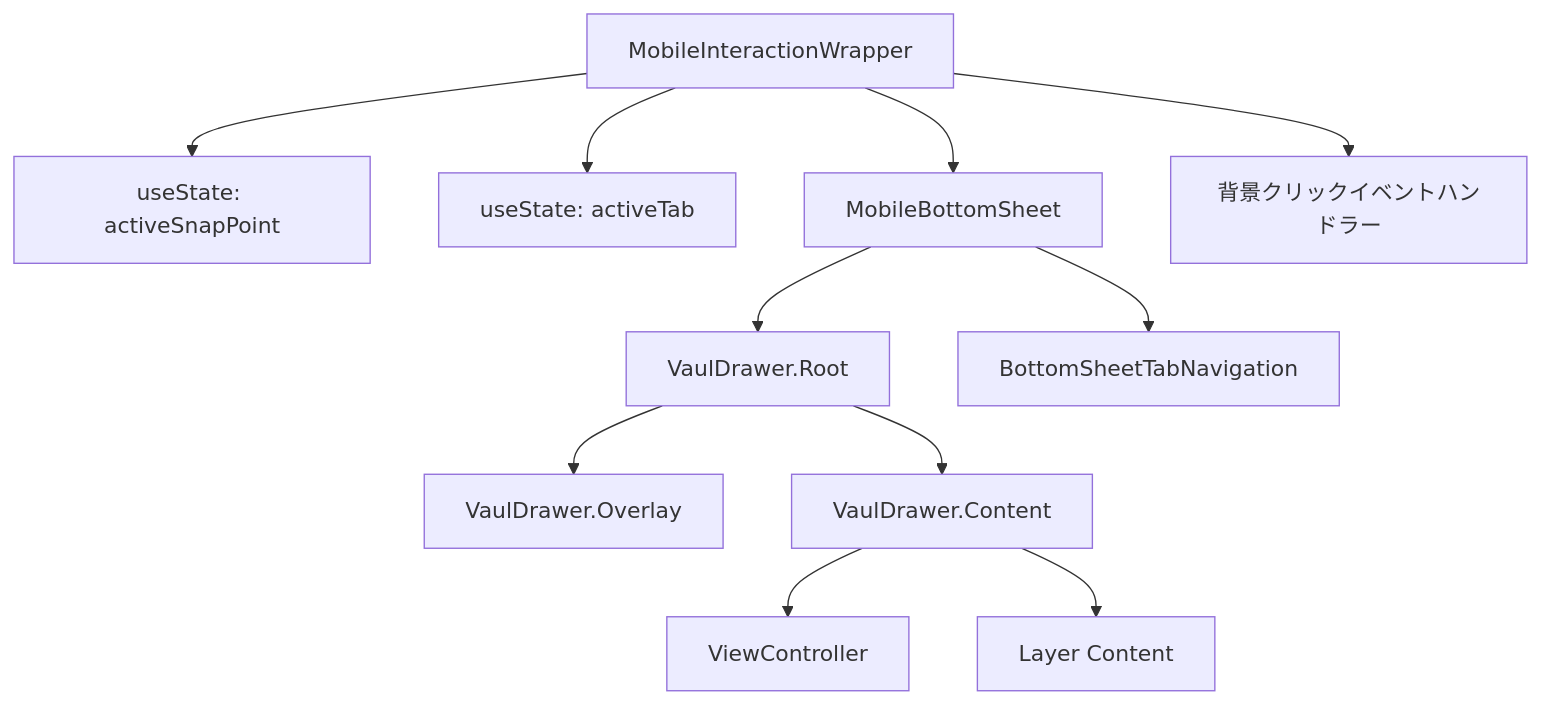
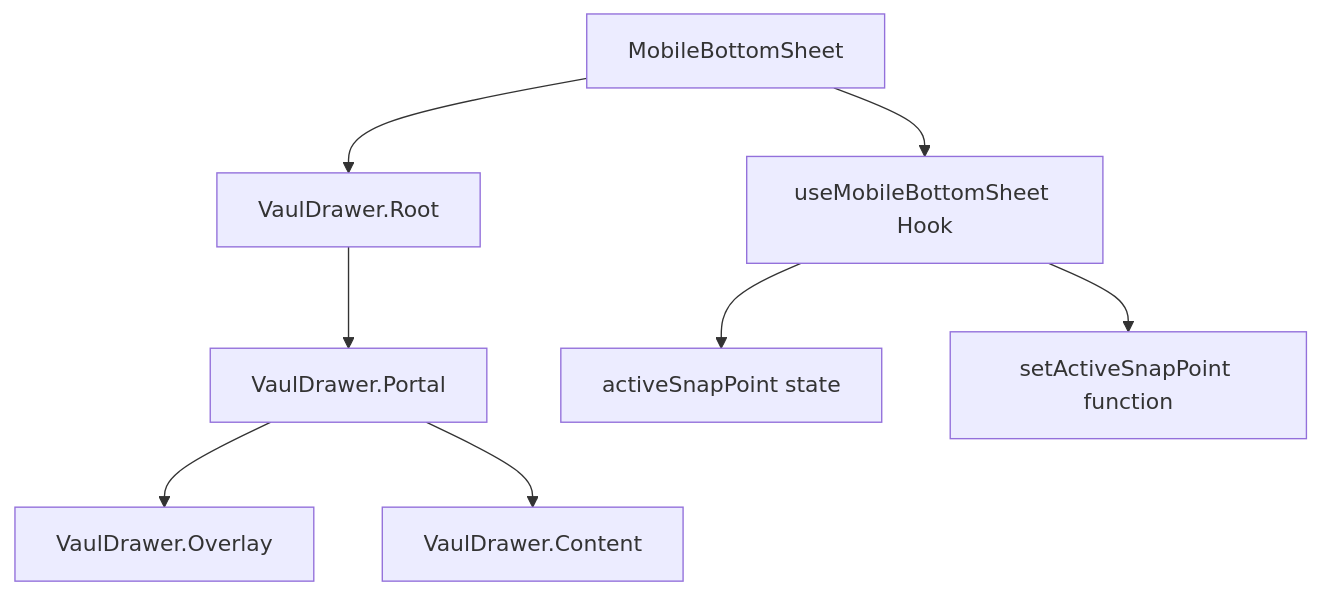
Before and after one commit to endo-ava/music-theory-app: the first of 2 diagrams in src/components/layouts/MobileBottomSheet/README.md, drawn with Mermaid. The commit also changed other lines of this file and 4 other files, not shown here.

````diff
--- a/src/components/layouts/MobileBottomSheet/README.md
+++ b/src/components/layouts/MobileBottomSheet/README.md
@@ -51,13 +48,10 @@
 ```mermaid
 graph TD
-    A[MobileInteractionWrapper] --> B[useState: activeSnapPoint]
-    A --> C[useState: activeTab]
-    A --> D[MobileBottomSheet]
-    A --> E[背景クリックイベントハンドラー]
-    D --> F[VaulDrawer.Root]
-    D --> G[BottomSheetTabNavigation]
-    F --> H[VaulDrawer.Overlay]
-    F --> I[VaulDrawer.Content]
-    I --> J[ViewController]
-    I --> K[Layer Content]
+    A[MobileBottomSheet] --> B[VaulDrawer.Root]
+    A --> C[useMobileBottomSheet Hook]
+    B --> D[VaulDrawer.Portal]
+    D --> E[VaulDrawer.Overlay]
+    D --> F[VaulDrawer.Content]
+    C --> G[activeSnapPoint state]
+    C --> H[setActiveSnapPoint function]
 ```
````
